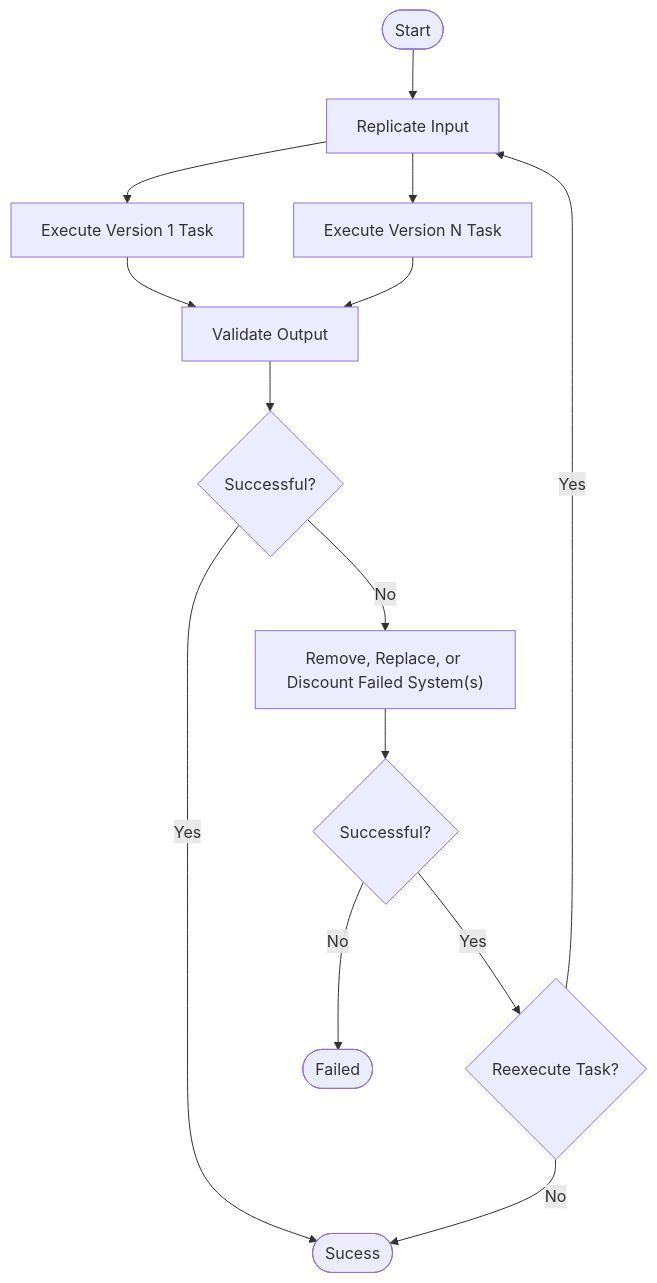
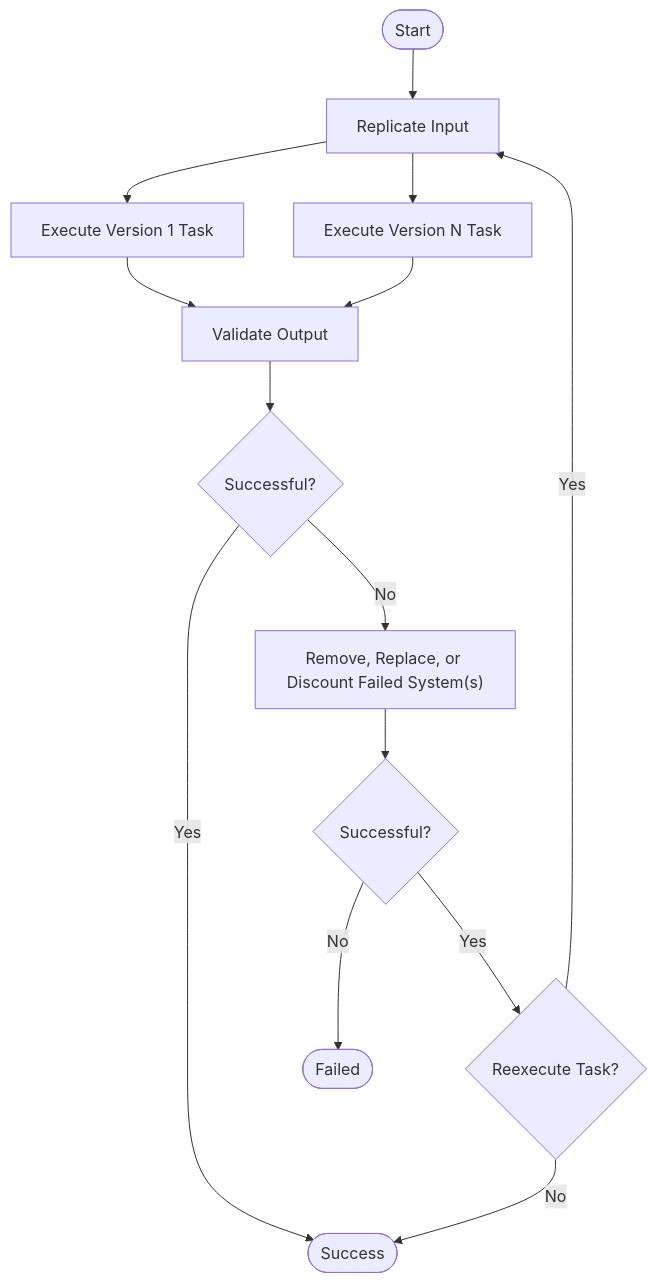
The diagram in sos/logical/resilience/n-version_design/workflow.mmd (ORNL/intersect-architecture), drawn with Mermaid before and after one commit. The commit also changed 7 other files, not shown here.

```diff
--- a/sos/logical/resilience/n-version_design/workflow.mmd
+++ b/sos/logical/resilience/n-version_design/workflow.mmd
@@ -1,14 +1,14 @@
 flowchart TD
     A(["Start"]) --> B["Replicate Input"]
     B --> C["Execute Version 1 Task"]
     B --> D["Execute Version N Task"]
     C --> E["Validate Output"]
     D --> E
     E --> G{"Successful?"}
-    G -->|Yes| H(["Sucess"])
+    G -->|Yes| H(["Success"])
     G -->|No| I["Remove, Replace, or Discount Failed System(s)"]
     I --> J{"Successful?"}
     J -->|Yes| K{"Reexecute Task?"}
     J -->|No| F(["Failed"])
     K -->|Yes| B
     K -->|No| H
```
